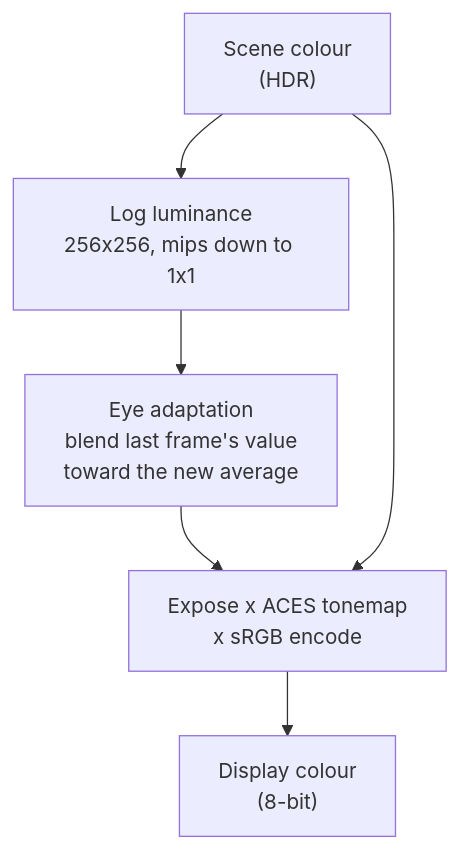
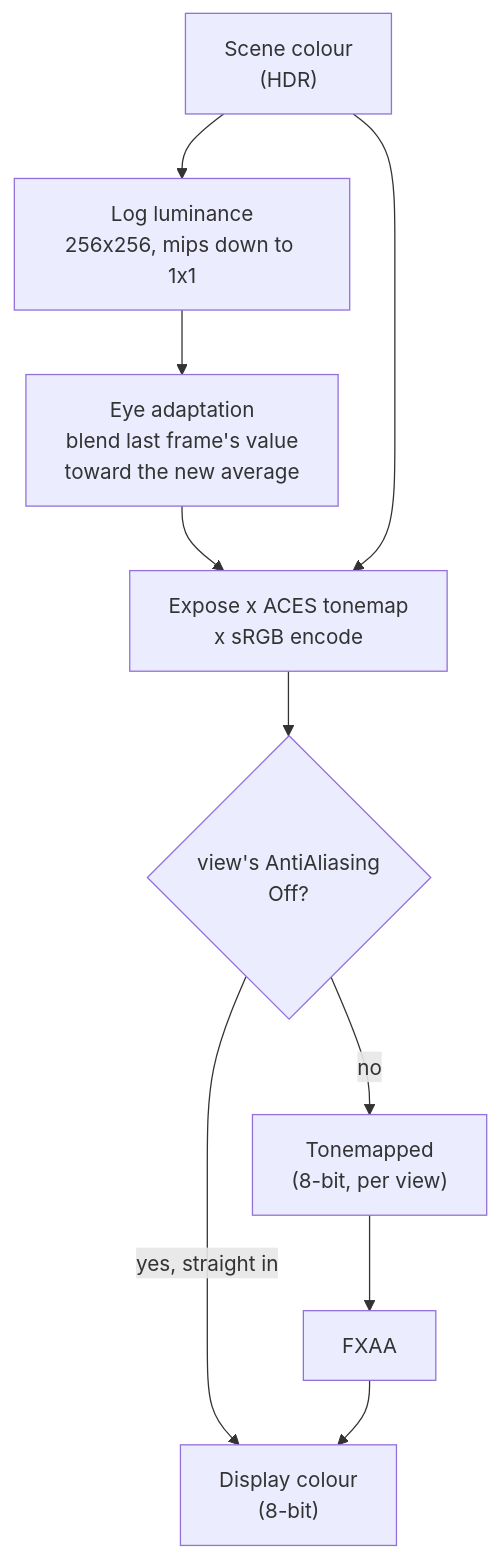
One commit to b1nary0/RZE changed the third of 4 diagrams in Docs/Generated/Engine/04-Rendering/Render-Stages.md. Above: the diagram before and after it, drawn with Mermaid. The commit also changed other lines of this file and 7 other files, not shown here.

First line of the commit message:
Document FXAA anti-aliasing, Engine.ini's [Rendering] and normal maps without specular maps

````diff
--- a/Docs/Generated/Engine/04-Rendering/Render-Stages.md
+++ b/Docs/Generated/Engine/04-Rendering/Render-Stages.md
@@ -127,9 +127,13 @@
 ```mermaid
 %%{init: {'flowchart': {'subGraphTitleMargin': {'top': 6, 'bottom': 10}}, 'themeCSS': '.labelBkg, .edgeLabel { background-color: var(--background-primary) !important; } .messageText, .labelText, .loopText { paint-order: stroke; stroke: var(--background-primary); stroke-width: 5px; stroke-linejoin: round; }'}}%%
 flowchart TD
     S["Scene colour<br/>(HDR)"] --> L["Log luminance<br/>256x256, mips down to 1x1"]
     L --> A["Eye adaptation<br/>blend last frame's value<br/>toward the new average"]
     A --> T["Expose x ACES tonemap<br/>x sRGB encode"]
     S --> T
-    T --> D["Display colour<br/>(8-bit)"]
+    T --> Q{"view's AntiAliasing<br/>Off?"}
+    Q -->|yes, straight in| D["Display colour<br/>(8-bit)"]
+    Q -->|no| I["Tonemapped<br/>(8-bit, per view)"]
+    I --> F["FXAA"]
+    F --> D
 ```
````
